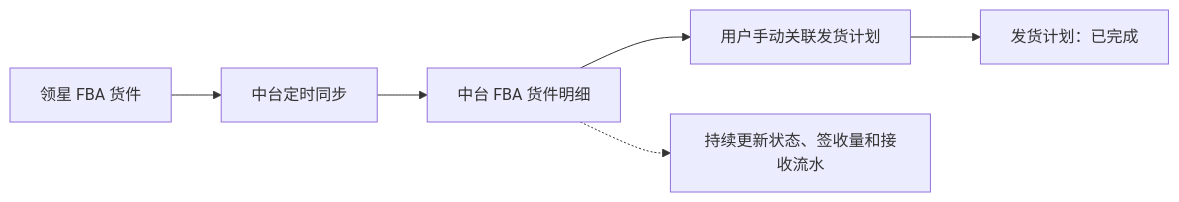
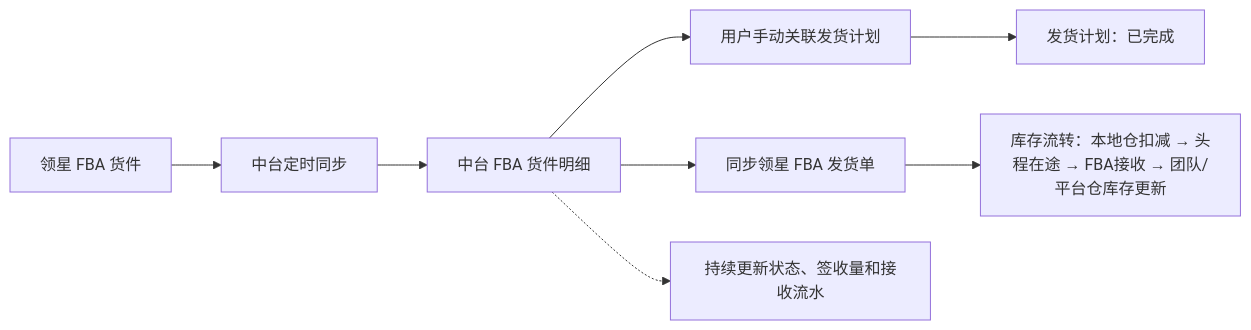
The first of 2 diagrams in PRD/领星FBA货件对接PRD.md (heiquanrenheiquanren-lab/Middle-Platform-Pages), drawn with Mermaid before and after one commit. The commit also changed other lines of this file and 3 other files, not shown here.

````diff
--- a/PRD/领星FBA货件对接PRD.md
+++ b/PRD/领星FBA货件对接PRD.md
@@ -64,8 +70,10 @@
 ```mermaid
 flowchart LR
     lingxing["领星 FBA 货件"] --> sync["中台定时同步"]
     sync --> fbaDetail["中台 FBA 货件明细"]
     fbaDetail --> linkPlan["用户手动关联发货计划"]
     linkPlan --> planDone["发货计划：已完成"]
+    fbaDetail --> orderSync["同步领星 FBA 发货单"]
+    orderSync --> inventory["库存流转：本地仓扣减 → 头程在途 → FBA接收 → 团队/平台仓库存更新"]
     fbaDetail -.-> updateData["持续更新状态、签收量和接收流水"]
 ```
````
